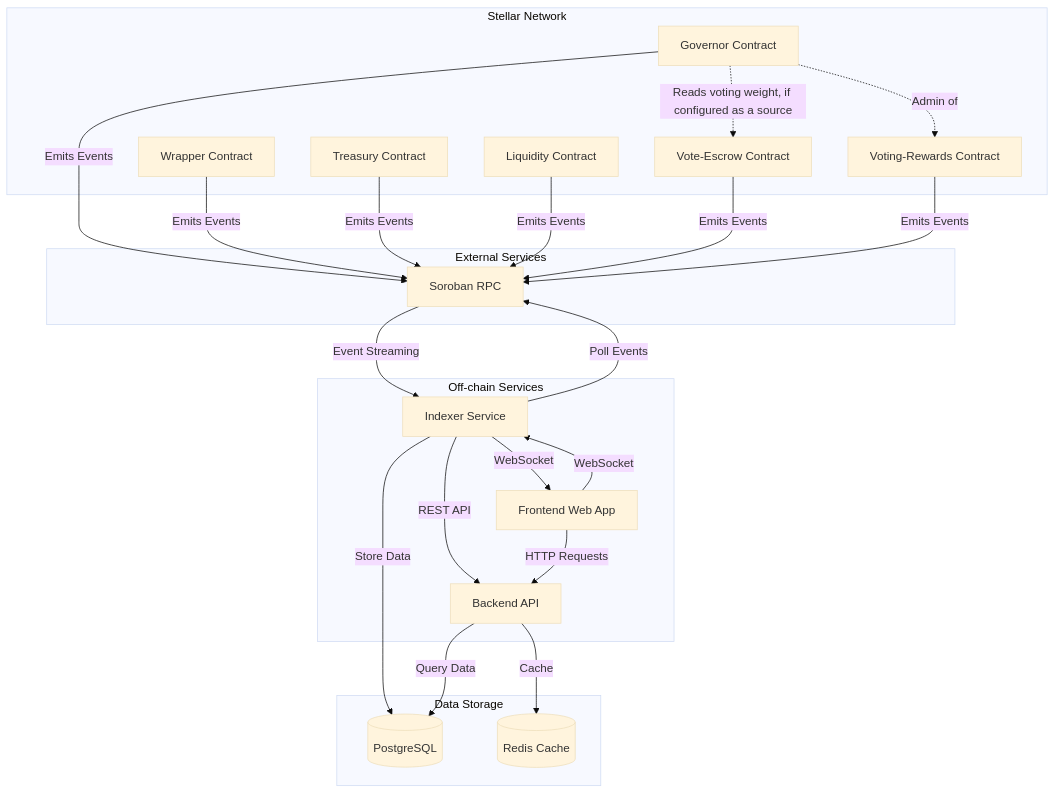
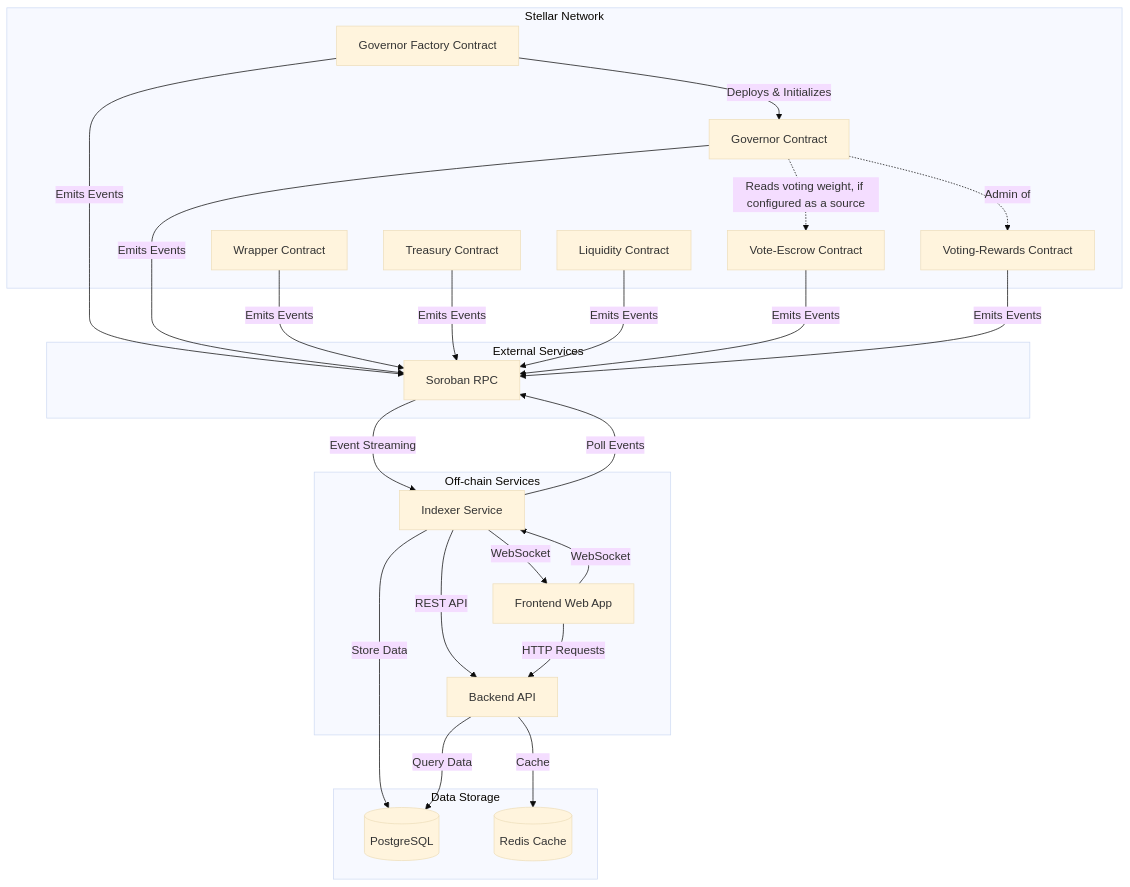
One commit to nebgov/nebgov changed the first of 5 diagrams in docs/architecture.md. Above: the diagram before and after it, drawn with Mermaid (base theme). The commit also changed other lines of this file and 2 other files, not shown here.

Commit message:
docs: add dedicated governor-factory documentation page

````diff
--- a/docs/architecture.md
+++ b/docs/architecture.md
@@ -11,45 +11,48 @@
 ```mermaid
 graph TB
     subgraph "Stellar Network"
+        GF[Governor Factory Contract]
         SG[Governor Contract]
         SW[Wrapper Contract]
         ST[Treasury Contract]
         SL[Liquidity Contract]
         VE[Vote-Escrow Contract]
         VR[Voting-Rewards Contract]
     end
     
     subgraph "Off-chain Services"
         IDX[Indexer Service]
         API[Backend API]
         WEB[Frontend Web App]
     end
     
     subgraph "Data Storage"
         PG[(PostgreSQL)]
         CACHE[(Redis Cache)]
     end
     
     subgraph "External Services"
         RPC[Soroban RPC]
     end
     
     RPC -->|Event Streaming| IDX
     IDX -->|Poll Events| RPC
     IDX -->|Store Data| PG
     IDX -->|REST API| API
     IDX -->|WebSocket| WEB
     API -->|Query Data| PG
     API -->|Cache| CACHE
     WEB -->|HTTP Requests| API
     WEB -->|WebSocket| IDX
     
+    GF -->|Deploys & Initializes| SG
+    GF -->|Emits Events| RPC
     SG -->|Emits Events| RPC
     SW -->|Emits Events| RPC
     ST -->|Emits Events| RPC
     SL -->|Emits Events| RPC
     VE -->|Emits Events| RPC
     VR -->|Emits Events| RPC
     SG -.->|Reads voting weight, if configured as a source| VE
     SG -.->|Admin of| VR
 ```
````
